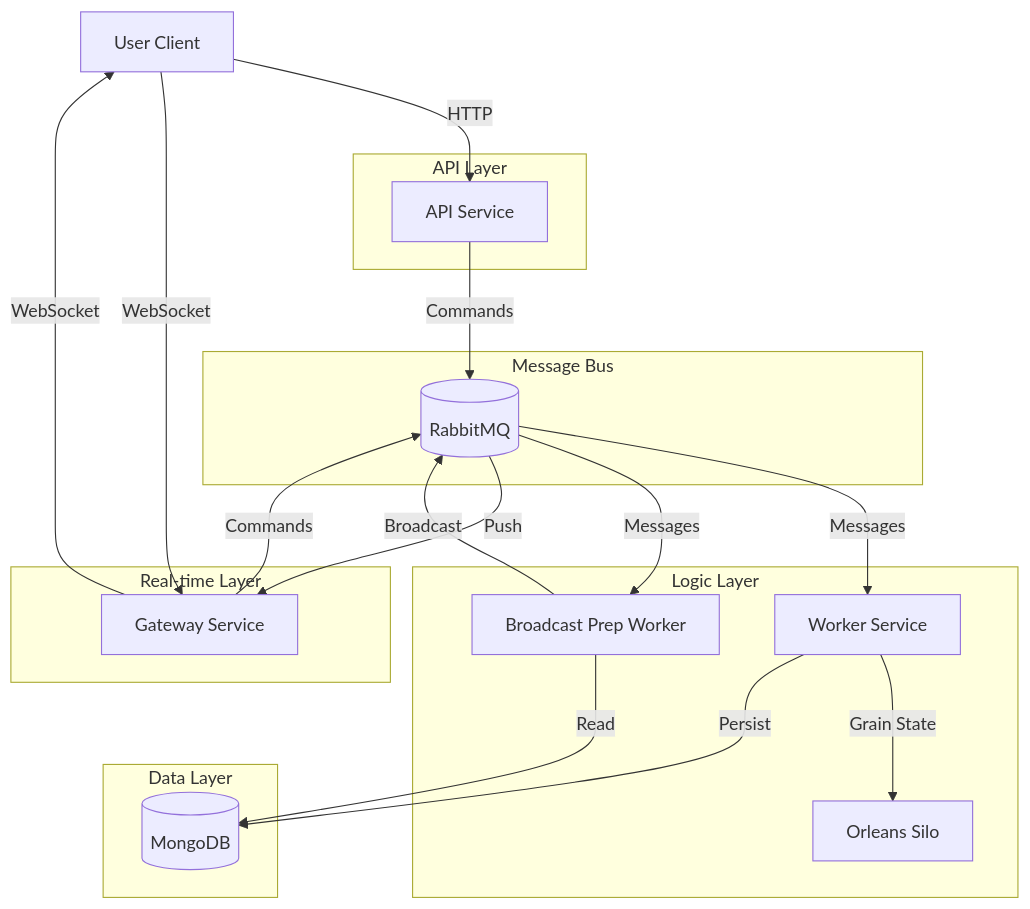
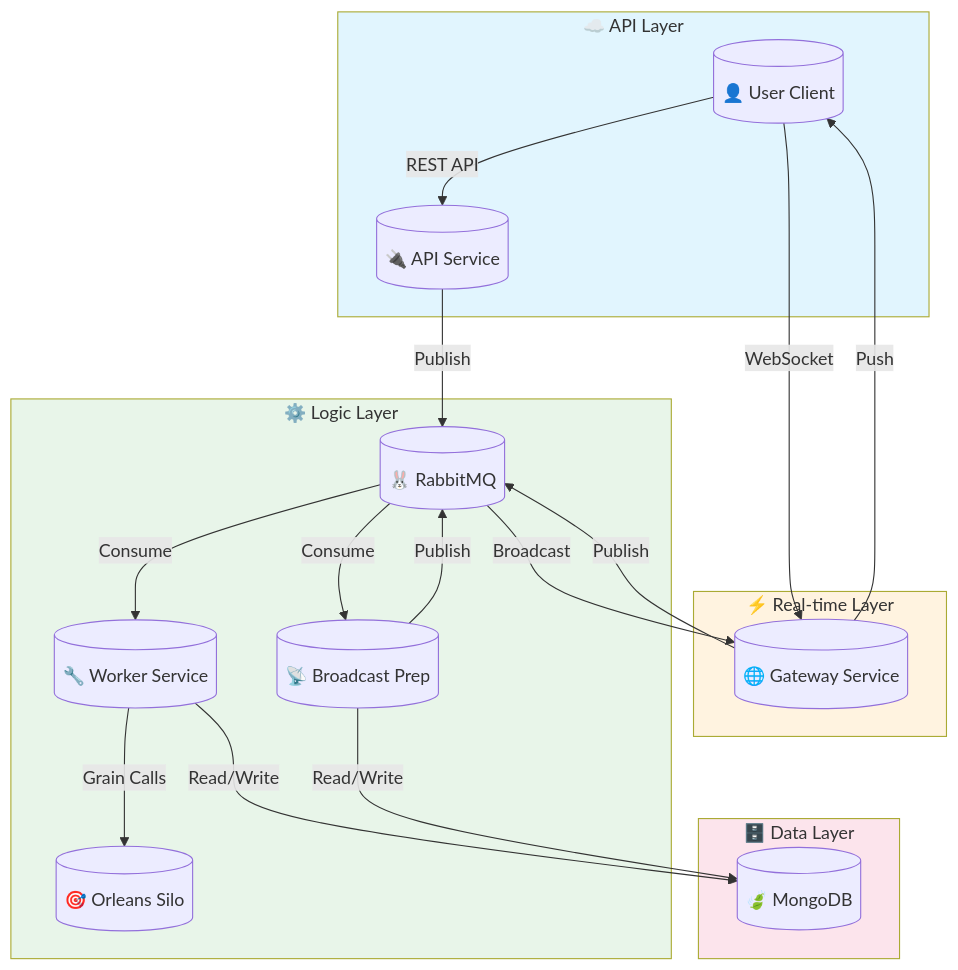
The first of 2 diagrams in docs/ARCHITECTURE.md (abanoubsamer/ChatSystem), drawn with Mermaid before and after one commit.

````diff
--- a/docs/ARCHITECTURE.md
+++ b/docs/ARCHITECTURE.md
@@ -63,44 +63,45 @@
 ```mermaid
-graph TD
-    Client[User Client]
-    
-    subgraph "API Layer"
-        API[API Service]
-    end
-    
-    subgraph "Real-time Layer"
-        Gateway[Gateway Service]
-    end
-    
-    subgraph "Message Bus"
-        RabbitMQ[(RabbitMQ)]
-    end
-    
-    subgraph "Logic Layer"
-        Worker[Worker Service]
-        Orleans[Orleans Silo]
-        BPW[Broadcast Prep Worker]
-    end
-    
-    subgraph "Data Layer"
-        MongoDB[(MongoDB)]
+flowchart TB
+    subgraph api["☁️ API Layer"]
+        client[("👤 User Client")]
+        api_svc[("🔌 API Service")]
     end
 
-    Client -->|HTTP| API
-    Client -->|WebSocket| Gateway
+    subgraph gateway["⚡ Real-time Layer"]
+        gateway_svc[("🌐 Gateway Service")]
+    end
+
+    subgraph logic["⚙️ Logic Layer"]
+        worker[("🔧 Worker Service")]
+        orleans[("🎯 Orleans Silo")]
+        bp_worker[("📡 Broadcast Prep")]
+        rabbitmq[("🐰 RabbitMQ")]
+    end
+
+    subgraph data["🗄️ Data Layer"]
+        mongodb[("🍃 MongoDB")]
+    end
+
+    client -->|REST API| api_svc
+    client -->|WebSocket| gateway_svc
     
-    API -->|Commands| RabbitMQ
-    Gateway -->|Commands| RabbitMQ
+    api_svc -->|Publish| rabbitmq
+    gateway_svc -->|Publish| rabbitmq
     
-    RabbitMQ -->|Messages| Worker
-    RabbitMQ -->|Messages| BPW
+    rabbitmq -->|Consume| worker
+    rabbitmq -->|Consume| bp_worker
     
-    Worker -->|Grain State| Orleans
-    Worker -->|Persist| MongoDB
-    BPW -->|Read| MongoDB
+    worker -->|Grain Calls| orleans
+    worker -->|Read/Write| mongodb
     
-    BPW -->|Broadcast| RabbitMQ
-    RabbitMQ -->|Push| Gateway
+    bp_worker -->|Read/Write| mongodb
+    bp_worker -->|Publish| rabbitmq
     
-    Gateway -->|WebSocket| Client
+    rabbitmq -->|Broadcast| gateway_svc
+    gateway_svc -->|Push| client
+
+    style api fill:#e1f5fe
+    style gateway fill:#fff3e0
+    style logic fill:#e8f5e9
+    style data fill:#fce4ec
 ```
````
